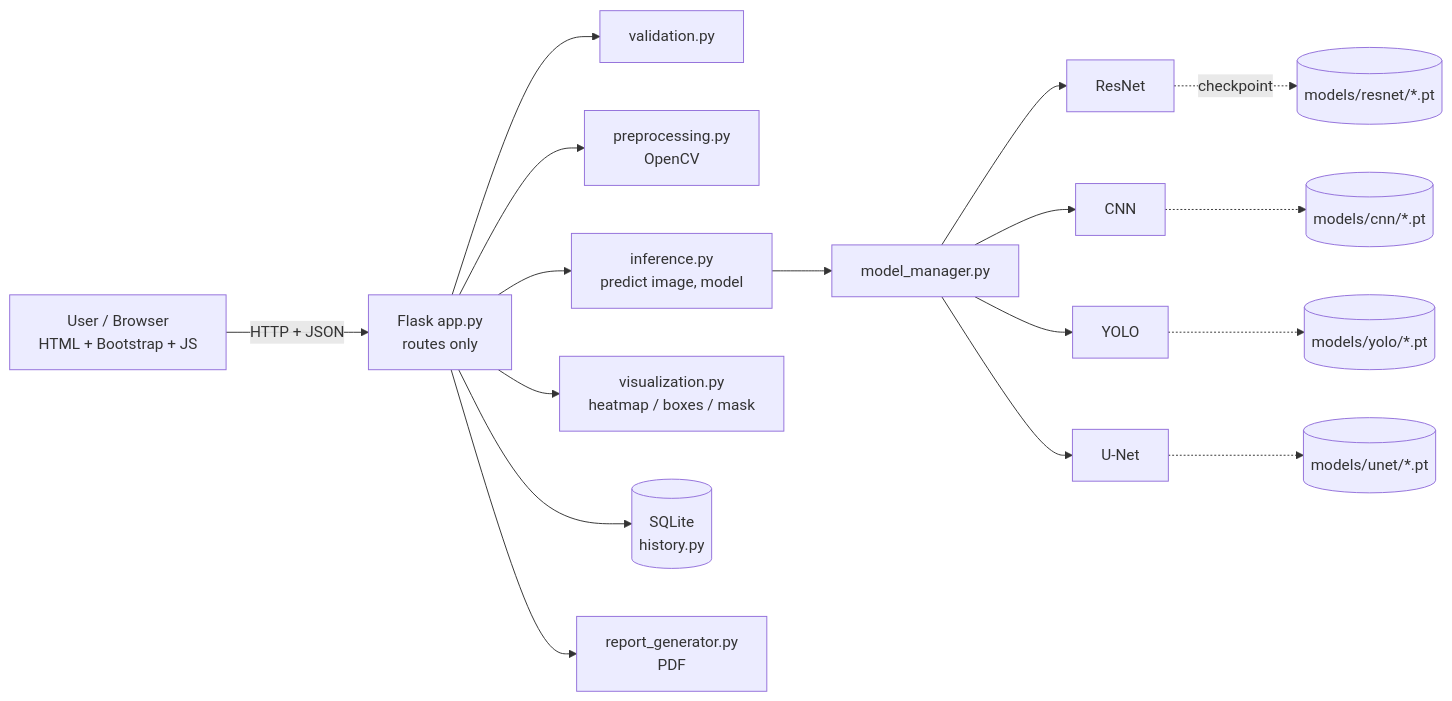
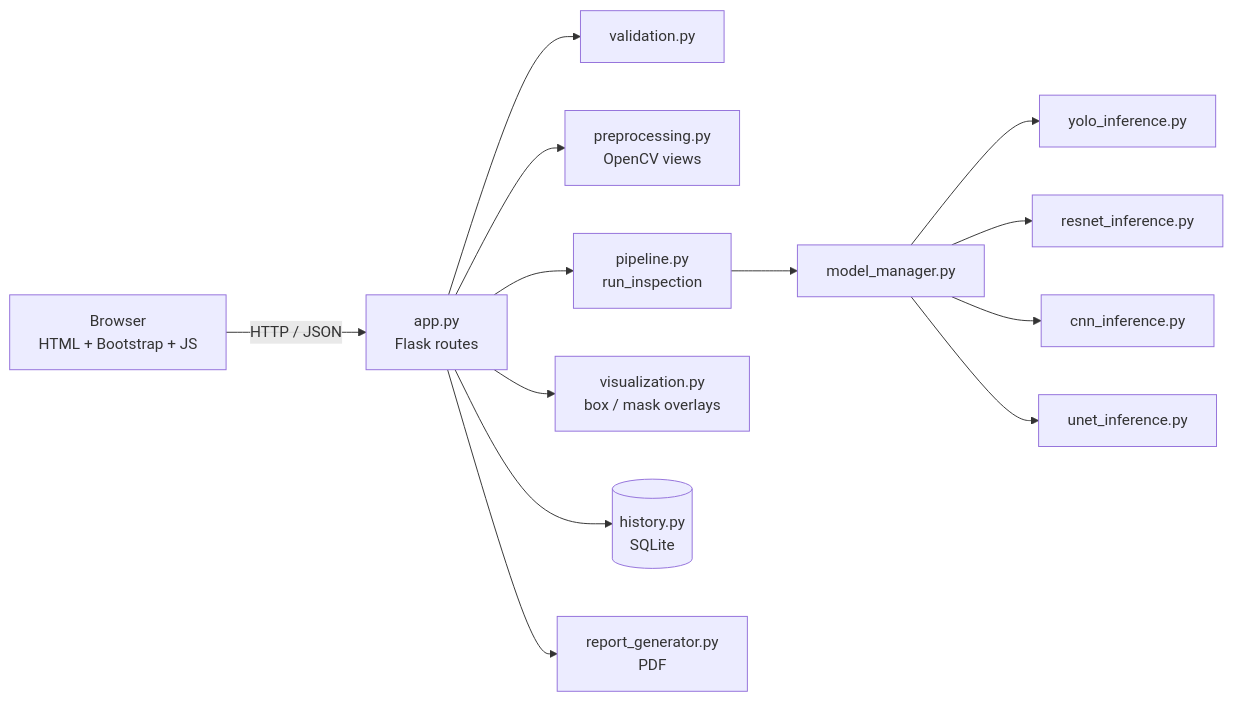
The first of 2 diagrams in metalvision-ai/README.md (Mausam012/Metal-surface-defect-inspection), drawn with Mermaid before and after one commit. The commit also changed other lines of this file and 1 other file, not shown here.

````diff
--- a/metalvision-ai/README.md
+++ b/metalvision-ai/README.md
@@ -30,19 +16,15 @@
 ```mermaid
 flowchart LR
-    U[User / Browser<br/>HTML + Bootstrap + JS] -->|HTTP + JSON| F[Flask app.py<br/>routes only]
-    F --> V[validation.py]
-    F --> P[preprocessing.py<br/>OpenCV]
-    F --> I[inference.py<br/>predict image, model]
-    I --> M[model_manager.py]
-    M --> R[ResNet]
-    M --> C[CNN]
-    M --> Y[YOLO]
-    M --> N[U-Net]
-    F --> VZ[visualization.py<br/>heatmap / boxes / mask]
-    F --> H[(SQLite<br/>history.py)]
-    F --> G[report_generator.py<br/>PDF]
-    R -.checkpoint.-> CK[(models/resnet/*.pt)]
-    C -.-> CK2[(models/cnn/*.pt)]
-    Y -.-> CK3[(models/yolo/*.pt)]
-    N -.-> CK4[(models/unet/*.pt)]
+    B[Browser<br/>HTML + Bootstrap + JS] -->|HTTP / JSON| F[app.py<br/>Flask routes]
+    F --> VA[validation.py]
+    F --> PR[preprocessing.py<br/>OpenCV views]
+    F --> PL[pipeline.py<br/>run_inspection]
+    PL --> MM[model_manager.py]
+    MM --> Y[yolo_inference.py]
+    MM --> R[resnet_inference.py]
+    MM --> C[cnn_inference.py]
+    MM --> U[unet_inference.py]
+    F --> VZ[visualization.py<br/>box / mask overlays]
+    F --> H[(history.py<br/>SQLite)]
+    F --> RG[report_generator.py<br/>PDF]
 ```
````
